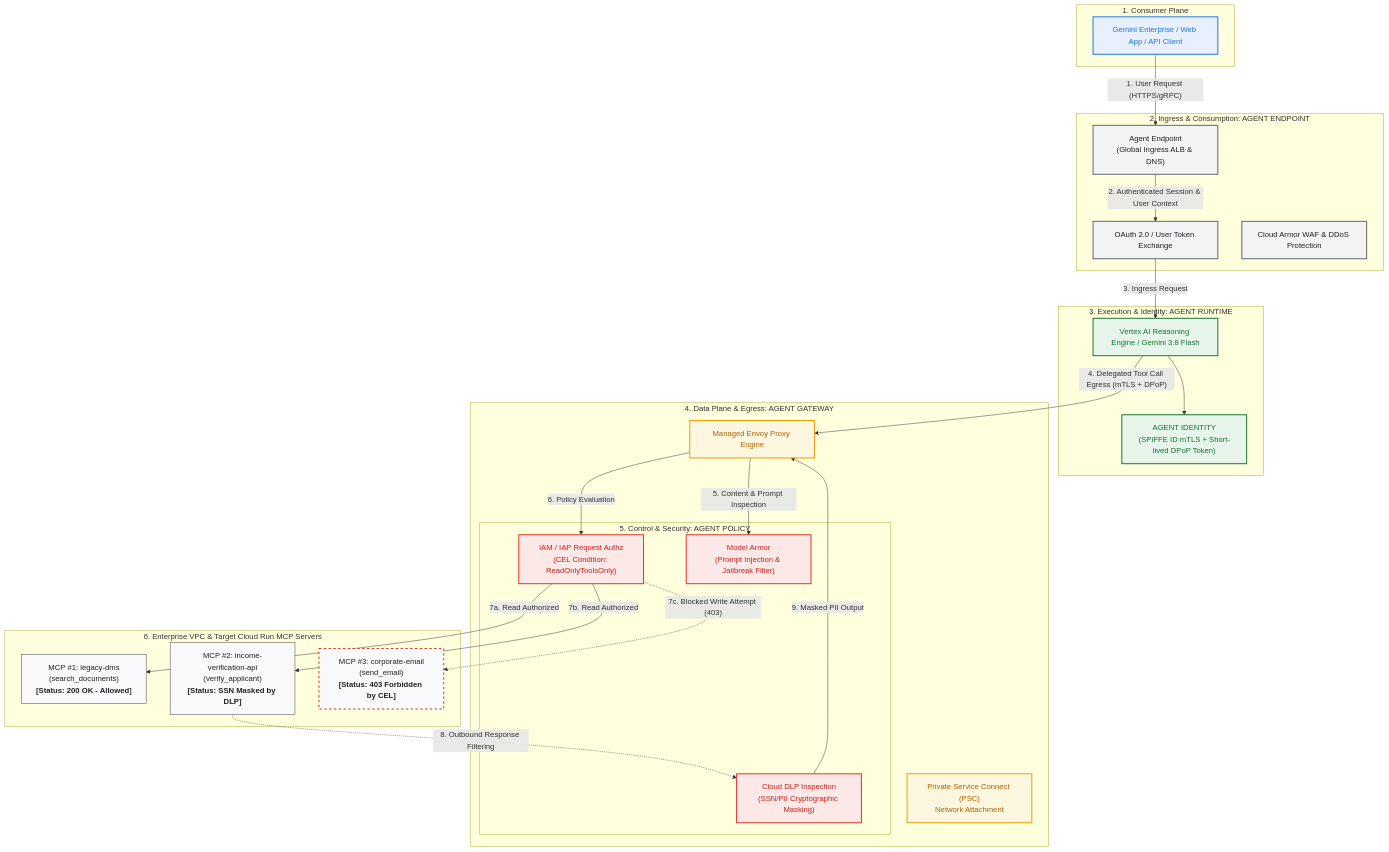
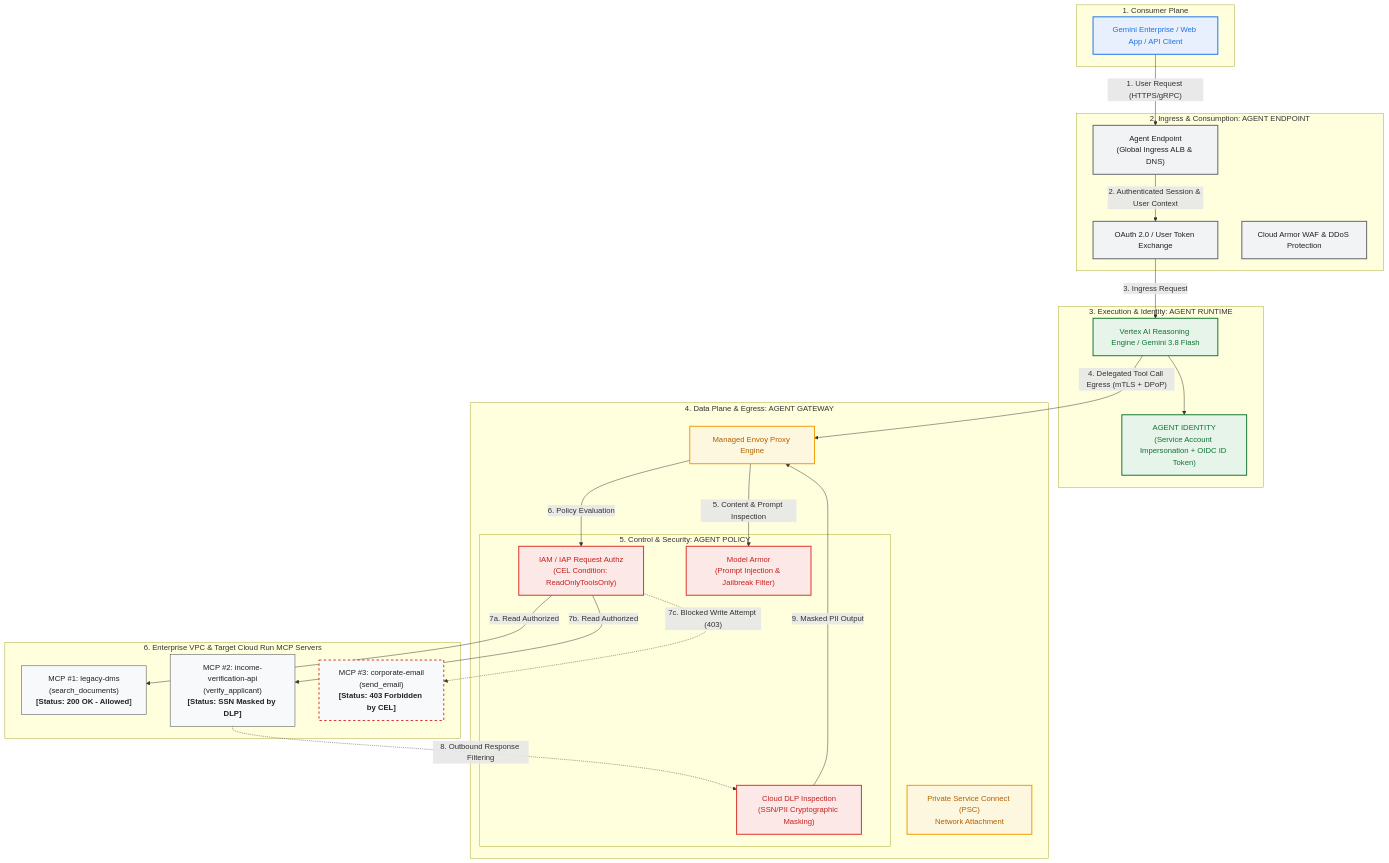
The diagram in README.md (ddiger/gemini-enterprise-agent-engine), drawn with Mermaid before and after one commit. The commit also changed other lines of this file and 11 other files, not shown here.

Commit message:
fix(review): commit example.tfvars, fix .gitignore, PEP 735 dependency groups, ground architecture docs, and enforce Tool Allowlist in IAP CEL

````diff
--- a/README.md
+++ b/README.md
@@ -15,58 +15,58 @@
 ```mermaid
 flowchart TD
     classDef client fill:#E8F0FE,stroke:#1A73E8,stroke-width:2px,color:#1A73E8;
     classDef ingress fill:#F1F3F4,stroke:#5F6368,stroke-width:2px,color:#202124;
     classDef runtime fill:#E6F4EA,stroke:#137333,stroke-width:2px,color:#137333;
     classDef gateway fill:#FEF7E0,stroke:#F29900,stroke-width:2px,color:#B06000;
     classDef policy fill:#FCE8E6,stroke:#D93025,stroke-width:2px,color:#C5221F;
     classDef backend fill:#F8F9FA,stroke:#3C4043,stroke-width:1px,color:#202124;
 
     subgraph CLIENT_LAYER["1. Consumer Plane"]
         Client["Gemini Enterprise / Web App / API Client"]:::client
     end
 
     subgraph INGRESS_LAYER["2. Ingress & Consumption: AGENT ENDPOINT"]
         Endpoint["Agent Endpoint<br/>(Global Ingress ALB & DNS)"]:::ingress
         OAuth["OAuth 2.0 / User Token Exchange"]:::ingress
         CloudArmor["Cloud Armor WAF & DDoS Protection"]:::ingress
     end
 
     subgraph RUNTIME_LAYER["3. Execution & Identity: AGENT RUNTIME"]
         Runtime["Vertex AI Reasoning Engine / Gemini 3.8 Flash"]:::runtime
-        Identity["AGENT IDENTITY<br/>(SPIFFE ID mTLS + Short-lived DPoP Token)"]:::runtime
+        Identity["AGENT IDENTITY<br/>(Service Account Impersonation + OIDC ID Token)"]:::runtime
     end
 
     subgraph GATEWAY_LAYER["4. Data Plane & Egress: AGENT GATEWAY"]
         Envoy["Managed Envoy Proxy Engine"]:::gateway
         PSC["Private Service Connect (PSC)<br/>Network Attachment"]:::gateway
         
         subgraph POLICY_LAYER["5. Control & Security: AGENT POLICY"]
             CEL["IAM / IAP Request Authz<br/>(CEL Condition: ReadOnlyToolsOnly)"]:::policy
             ModelArmor["Model Armor<br/>(Prompt Injection & Jailbreak Filter)"]:::policy
             DLP["Cloud DLP Inspection<br/>(SSN/PII Cryptographic Masking)"]:::policy
         end
     end
 
     subgraph BACKEND_LAYER["6. Enterprise VPC & Target Cloud Run MCP Servers"]
         DMS["MCP #1: legacy-dms<br/>(search_documents)<br/><b>[Status: 200 OK - Allowed]</b>"]:::backend
         Payroll["MCP #2: income-verification-api<br/>(verify_applicant)<br/><b>[Status: SSN Masked by DLP]</b>"]:::backend
         Email["MCP #3: corporate-email<br/>(send_email)<br/><b>[Status: 403 Forbidden by CEL]</b>"]:::backend
     end
 
     Client -->|"1. User Request (HTTPS/gRPC)"| Endpoint
     Endpoint -->|"2. Authenticated Session & User Context"| OAuth
     OAuth -->|"3. Ingress Request"| Runtime
     Runtime --> Identity
     Runtime -->|"4. Delegated Tool Call Egress (mTLS + DPoP)"| Envoy
 
     Envoy -->|"5. Content & Prompt Inspection"| ModelArmor
     Envoy -->|"6. Policy Evaluation"| CEL
     
     CEL -->|"7a. Read Authorized"| DMS
     CEL -->|"7b. Read Authorized"| Payroll
     Payroll -.->|"8. Outbound Response Filtering"| DLP
     DLP -->|"9. Masked PII Output"| Envoy
     
     CEL -.->|"7c. Blocked Write Attempt (403)"| Email
     style Email stroke:#D93025,stroke-width:2px,stroke-dasharray: 5 5;
 ```
````
